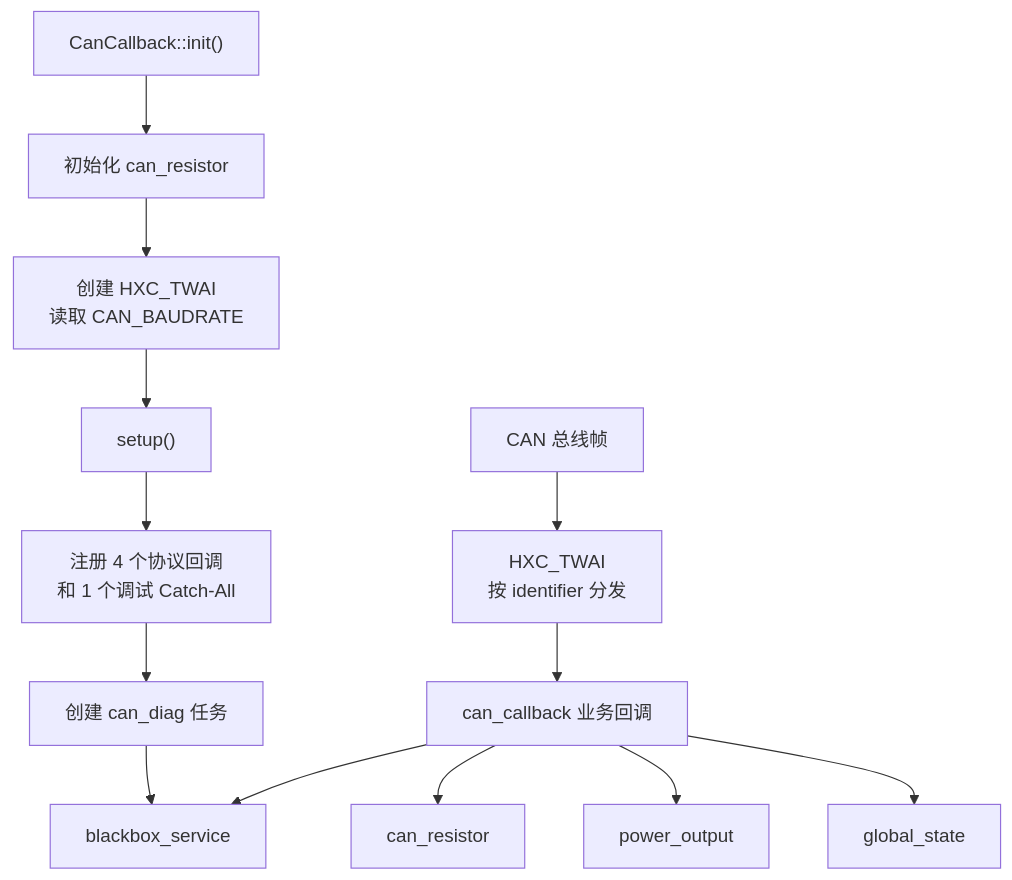
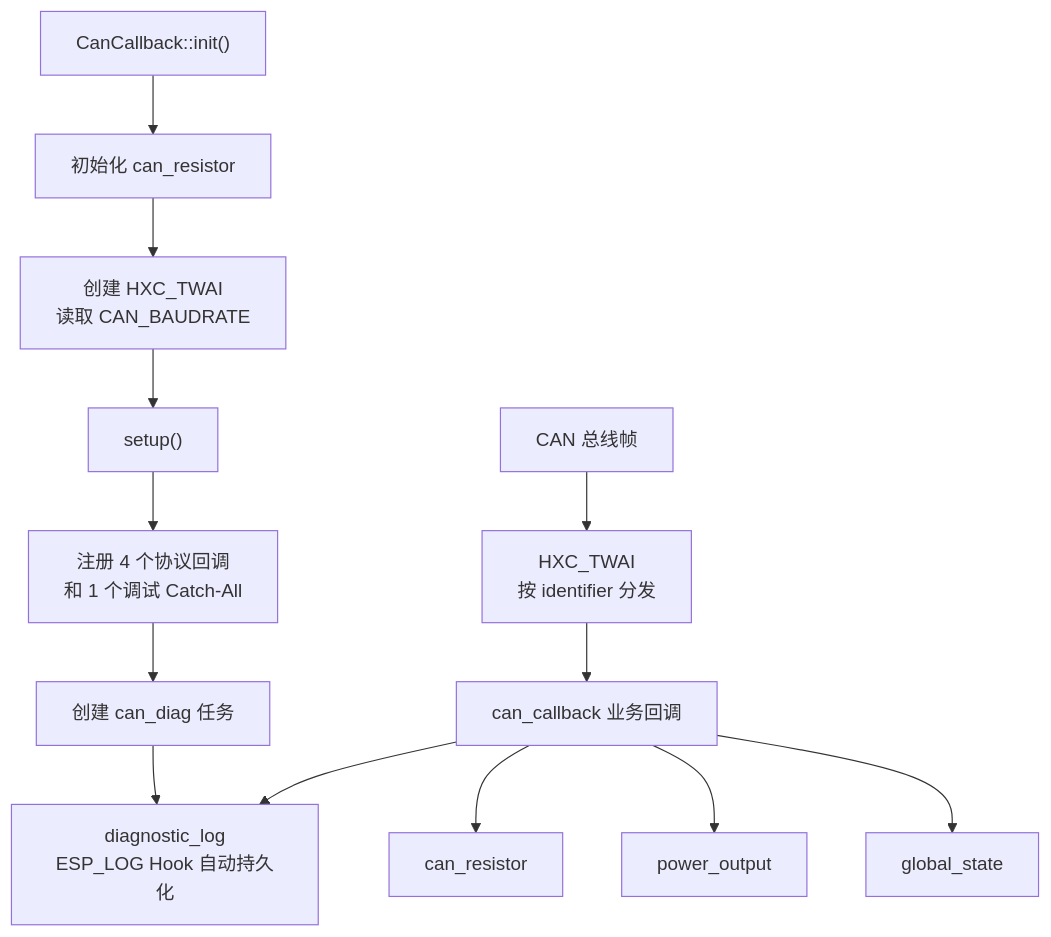
One commit to qingmeijiupiao/Wireless_power_meter_lite changed the diagram in components/app/can_callback/README.md. Above: the diagram before and after it, drawn with Mermaid. The commit also changed other lines of this file and 54 other files, not shown here.

````diff
--- a/components/app/can_callback/README.md
+++ b/components/app/can_callback/README.md
@@ -16,16 +16,16 @@
 ```mermaid
 flowchart TD
     Init["CanCallback::init()"] --> Resistor["初始化 can_resistor"]
     Resistor --> Driver["创建 HXC_TWAI<br/>读取 CAN_BAUDRATE"]
     Driver --> Setup["setup()"]
     Setup --> Register["注册 4 个协议回调<br/>和 1 个调试 Catch-All"]
     Register --> Diag["创建 can_diag 任务"]
 
     Bus["CAN 总线帧"] --> HXC["HXC_TWAI<br/>按 identifier 分发"]
     HXC --> Callbacks["can_callback 业务回调"]
     Callbacks --> GS["global_state"]
     Callbacks --> Output["power_output"]
     Callbacks --> CR["can_resistor"]
-    Callbacks --> BB["blackbox_service"]
-    Diag --> BB
+    Callbacks --> Log["diagnostic_log<br/>ESP_LOG Hook 自动持久化"]
+    Diag --> Log
 ```
````
